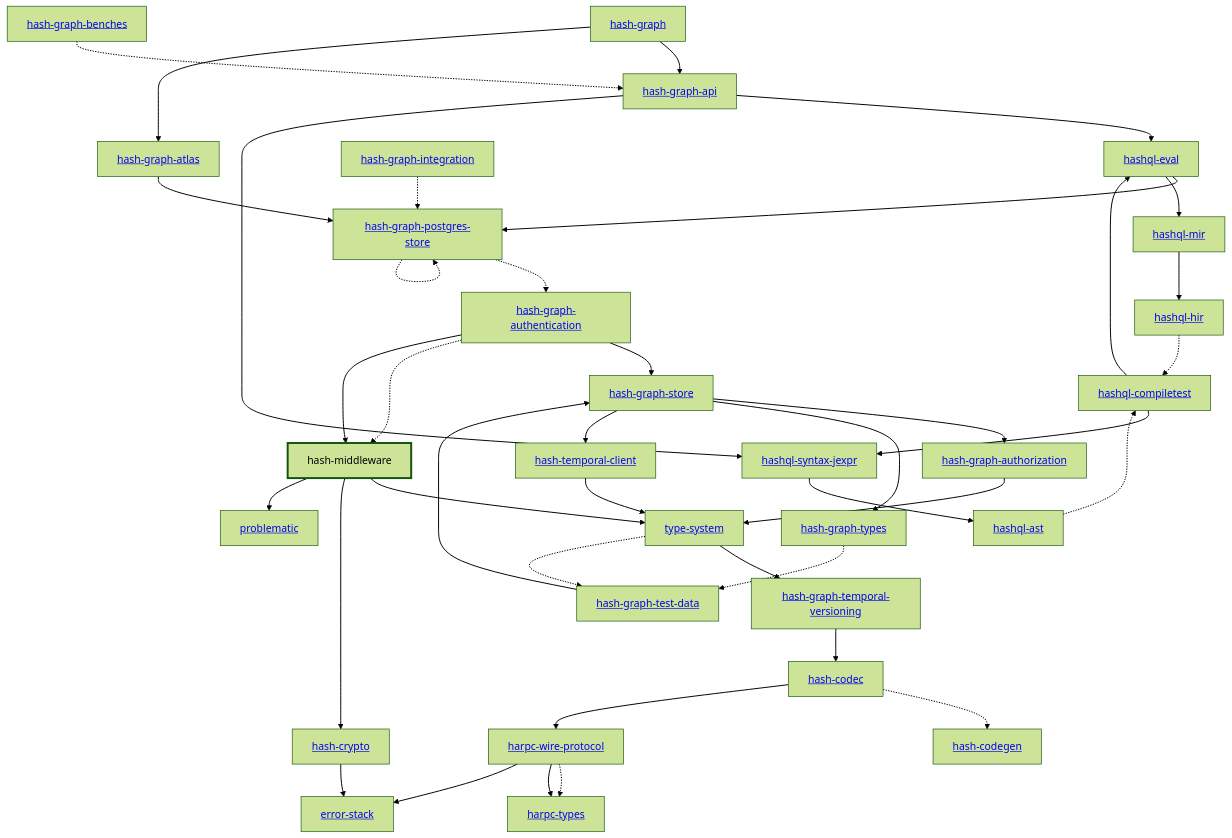
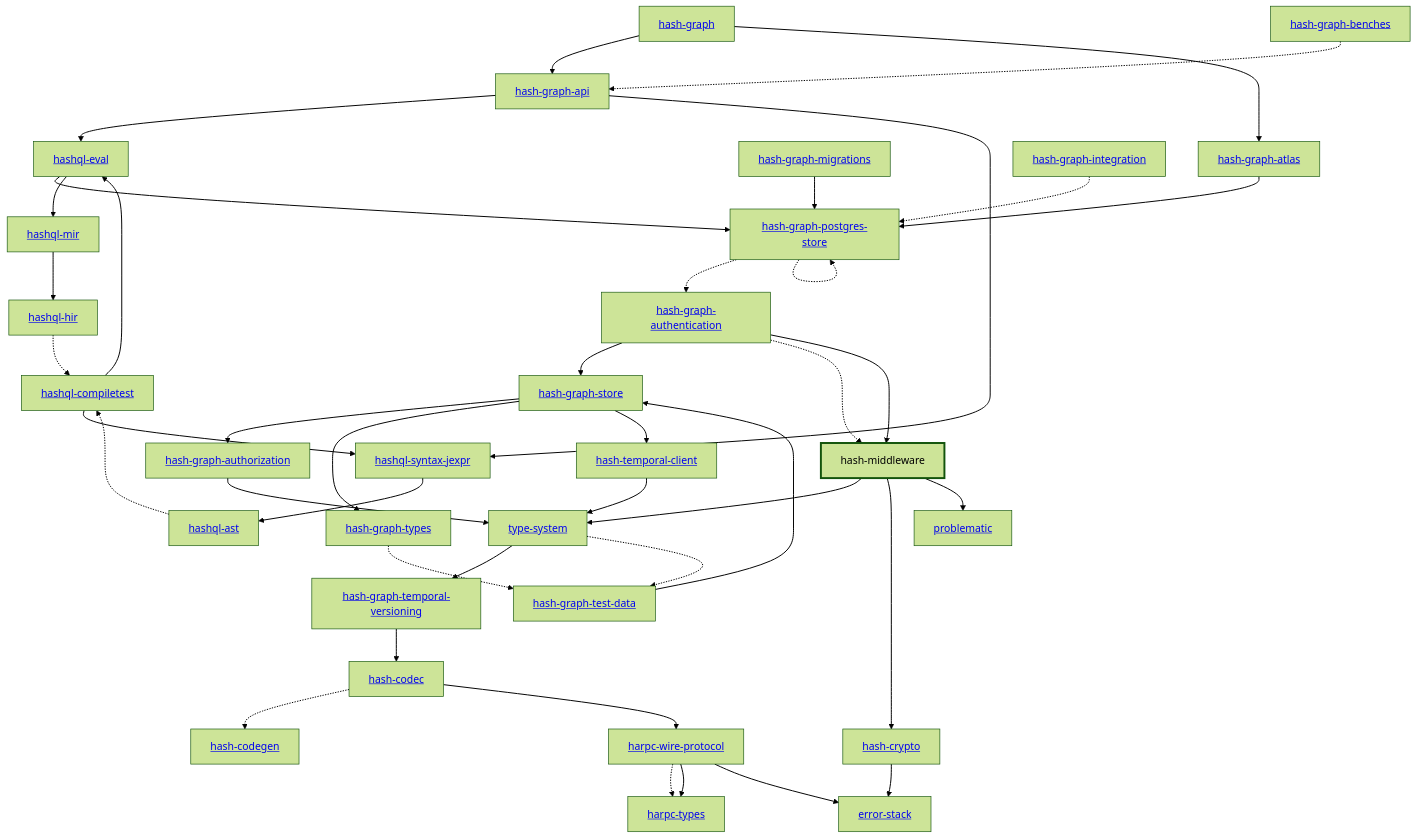
One commit to hashintel/hash changed the diagram in libs/@local/middleware/docs/dependency-diagram.mmd. Above: the diagram before and after it, drawn with Mermaid (forest theme). The commit also changed 23 other files, not shown here.

First line of the commit message:
Connect the migrations CLI to Postgres over TLS

```diff
--- a/libs/@local/middleware/docs/dependency-diagram.mmd
+++ b/libs/@local/middleware/docs/dependency-diagram.mmd
@@ -1,78 +1,80 @@
 graph TD
     linkStyle default stroke-width:1.5px
     classDef default stroke-width:1px
     classDef root stroke-width:3px
     classDef dev stroke-width:1px
     classDef build stroke-width:1px
     %% Legend
     %% --> : Normal dependency
     %% -.-> : Dev dependency
     %% ---> : Build dependency
     0[<a href="../hash_graph/index.html">hash-graph</a>]
     1[<a href="../type_system/index.html">type-system</a>]
     2[<a href="../hash_codec/index.html">hash-codec</a>]
     3[<a href="../hash_codegen/index.html">hash-codegen</a>]
     4[<a href="../hash_crypto/index.html">hash-crypto</a>]
     5[<a href="../hash_graph_api/index.html">hash-graph-api</a>]
     6[<a href="../hash_graph_atlas/index.html">hash-graph-atlas</a>]
     7[<a href="../hash_graph_authentication/index.html">hash-graph-authentication</a>]
     8[<a href="../hash_graph_authorization/index.html">hash-graph-authorization</a>]
-    9[<a href="../hash_graph_postgres_store/index.html">hash-graph-postgres-store</a>]
-    10[<a href="../hash_graph_store/index.html">hash-graph-store</a>]
-    11[<a href="../hash_graph_temporal_versioning/index.html">hash-graph-temporal-versioning</a>]
-    12[<a href="../hash_graph_types/index.html">hash-graph-types</a>]
-    13[<a href="../harpc_types/index.html">harpc-types</a>]
-    14[<a href="../harpc_wire_protocol/index.html">harpc-wire-protocol</a>]
-    15[<a href="../hashql_ast/index.html">hashql-ast</a>]
-    16[<a href="../hashql_compiletest/index.html">hashql-compiletest</a>]
-    17[<a href="../hashql_eval/index.html">hashql-eval</a>]
-    18[<a href="../hashql_hir/index.html">hashql-hir</a>]
-    19[<a href="../hashql_mir/index.html">hashql-mir</a>]
-    20[<a href="../hashql_syntax_jexpr/index.html">hashql-syntax-jexpr</a>]
-    21[hash-middleware]
-    class 21 root
-    22[<a href="../hash_temporal_client/index.html">hash-temporal-client</a>]
-    23[<a href="../error_stack/index.html">error-stack</a>]
-    24[<a href="../problematic/index.html">problematic</a>]
-    25[<a href="../hash_graph_benches/index.html">hash-graph-benches</a>]
-    26[<a href="../hash_graph_integration/index.html">hash-graph-integration</a>]
-    27[<a href="../hash_graph_test_data/index.html">hash-graph-test-data</a>]
+    9[<a href="../hash_graph_migrations/index.html">hash-graph-migrations</a>]
+    10[<a href="../hash_graph_postgres_store/index.html">hash-graph-postgres-store</a>]
+    11[<a href="../hash_graph_store/index.html">hash-graph-store</a>]
+    12[<a href="../hash_graph_temporal_versioning/index.html">hash-graph-temporal-versioning</a>]
+    13[<a href="../hash_graph_types/index.html">hash-graph-types</a>]
+    14[<a href="../harpc_types/index.html">harpc-types</a>]
+    15[<a href="../harpc_wire_protocol/index.html">harpc-wire-protocol</a>]
+    16[<a href="../hashql_ast/index.html">hashql-ast</a>]
+    17[<a href="../hashql_compiletest/index.html">hashql-compiletest</a>]
+    18[<a href="../hashql_eval/index.html">hashql-eval</a>]
+    19[<a href="../hashql_hir/index.html">hashql-hir</a>]
+    20[<a href="../hashql_mir/index.html">hashql-mir</a>]
+    21[<a href="../hashql_syntax_jexpr/index.html">hashql-syntax-jexpr</a>]
+    22[hash-middleware]
+    class 22 root
+    23[<a href="../hash_temporal_client/index.html">hash-temporal-client</a>]
+    24[<a href="../error_stack/index.html">error-stack</a>]
+    25[<a href="../problematic/index.html">problematic</a>]
+    26[<a href="../hash_graph_benches/index.html">hash-graph-benches</a>]
+    27[<a href="../hash_graph_integration/index.html">hash-graph-integration</a>]
+    28[<a href="../hash_graph_test_data/index.html">hash-graph-test-data</a>]
     0 --> 5
     0 --> 6
-    1 --> 11
-    1 -.-> 27
+    1 --> 12
+    1 -.-> 28
     2 -.-> 3
-    2 --> 14
-    4 --> 23
-    5 --> 17
-    5 --> 20
-    6 --> 9
-    7 --> 10
-    7 -.-> 21
-    7 --> 21
+    2 --> 15
+    4 --> 24
+    5 --> 18
+    5 --> 21
+    6 --> 10
+    7 --> 11
+    7 -.-> 22
+    7 --> 22
     8 --> 1
-    9 -.-> 7
-    9 -.-> 9
-    10 --> 8
-    10 --> 12
-    10 --> 22
-    11 --> 2
-    12 -.-> 27
-    14 -.-> 13
-    14 --> 13
-    14 --> 23
-    15 -.-> 16
-    16 --> 17
-    16 --> 20
-    17 --> 9
-    17 --> 19
-    18 -.-> 16
-    19 --> 18
-    20 --> 15
-    21 --> 1
-    21 --> 4
-    21 --> 24
+    9 --> 10
+    10 -.-> 7
+    10 -.-> 10
+    11 --> 8
+    11 --> 13
+    11 --> 23
+    12 --> 2
+    13 -.-> 28
+    15 -.-> 14
+    15 --> 14
+    15 --> 24
+    16 -.-> 17
+    17 --> 18
+    17 --> 21
+    18 --> 10
+    18 --> 20
+    19 -.-> 17
+    20 --> 19
+    21 --> 16
     22 --> 1
-    25 -.-> 5
-    26 -.-> 9
-    27 --> 10
+    22 --> 4
+    22 --> 25
+    23 --> 1
+    26 -.-> 5
+    27 -.-> 10
+    28 --> 11
```
